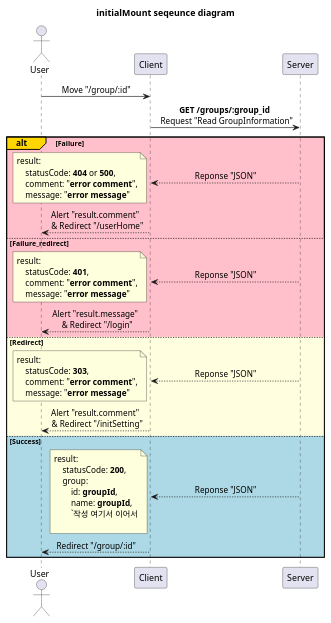
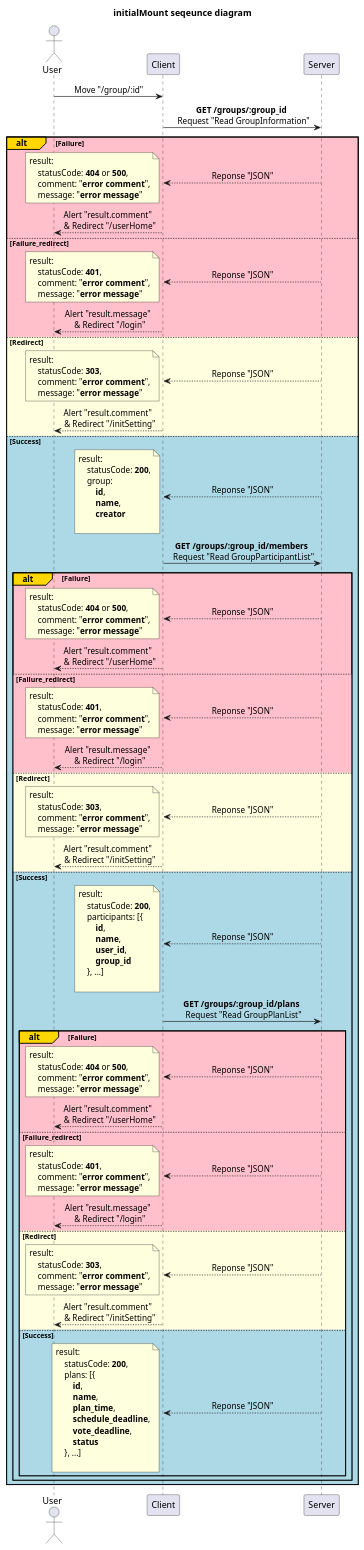
Before and after one commit to devSeungBin/SSCS: the diagram in diagram/group_page/initialMount.puml, drawn with PlantUML. The commit also changed 22 other files, not shown here.

```diff
--- a/diagram/group_page/initialMount.puml
+++ b/diagram/group_page/initialMount.puml
@@ -1,61 +1,158 @@
 @startuml initialMount
 'http://localhost:3000/group/:id
 
 title initialMount seqeunce diagram
 
 skinparam SequenceMessageAlignment center
 
 participant Server order 30
 participant Client order 20
 actor User order 10
 
 User -> Client: Move "/group/:id"
 
 Client -> Server: **GET /groups/:group_id** \n Request "Read GroupInformation"
 
 alt#Gold #Pink Failure
     Client <-- Server: Reponse "JSON"
     note left
         result:
             statusCode: **404** or **500**,
             comment: "**error comment**",
             message: "**error message**"
     end note
     User <-- Client: Alert "result.comment" \n & Redirect "/userHome"
 
 else #Pink Failure_redirect
     Client <-- Server: Reponse "JSON"
     note left
         result:
             statusCode: **401**,
             comment: "**error comment**",
             message: "**error message**"
     end note
     User <-- Client: Alert "result.message" \n & Redirect "/login"
 
 else #LightYellow Redirect
     Client <-- Server: Reponse "JSON"
     note left
         result:
             statusCode: **303**,
             comment: "**error comment**",
             message: "**error message**"
     end note
     User <-- Client: Alert "result.comment" \n & Redirect "/initSetting"
 
 else #LightBlue Success
     Client <-- Server: Reponse "JSON"
     note left
         result:
             statusCode: **200**,
             group:
-                id: **groupId**,
-                name: **groupId**,
-                `작성 여기서 이어서
+                **id**,
+                **name**,
+                **creator**
 
     end note
-    User <-- Client: Redirect "/group/:id"
+
+    Client -> Server: **GET /groups/:group_id/members** \n Request "Read GroupParticipantList"
+
+    alt#Gold #Pink Failure
+        Client <-- Server: Reponse "JSON"
+        note left
+            result:
+                statusCode: **404** or **500**,
+                comment: "**error comment**",
+                message: "**error message**"
+        end note
+        User <-- Client: Alert "result.comment" \n & Redirect "/userHome"
+
+    else #Pink Failure_redirect
+        Client <-- Server: Reponse "JSON"
+        note left
+            result:
+                statusCode: **401**,
+                comment: "**error comment**",
+                message: "**error message**"
+        end note
+        User <-- Client: Alert "result.message" \n & Redirect "/login"
+
+    else #LightYellow Redirect
+        Client <-- Server: Reponse "JSON"
+        note left
+            result:
+                statusCode: **303**,
+                comment: "**error comment**",
+                message: "**error message**"
+        end note
+        User <-- Client: Alert "result.comment" \n & Redirect "/initSetting"
+
+    else #LightBlue Success
+        Client <-- Server: Reponse "JSON"
+        note left
+            result:
+                statusCode: **200**,
+                participants: [{
+                    **id**,
+                    **name**,
+                    **user_id**,
+                    **group_id**
+                }, ...]
+
+        end note
+        
+        Client -> Server: **GET /groups/:group_id/plans** \n Request "Read GroupPlanList"
+
+        alt#Gold #Pink Failure
+            Client <-- Server: Reponse "JSON"
+            note left
+                result:
+                    statusCode: **404** or **500**,
+                    comment: "**error comment**",
+                    message: "**error message**"
+            end note
+            User <-- Client: Alert "result.comment" \n & Redirect "/userHome"
+
+        else #Pink Failure_redirect
+            Client <-- Server: Reponse "JSON"
+            note left
+                result:
+                    statusCode: **401**,
+                    comment: "**error comment**",
+                    message: "**error message**"
+            end note
+            User <-- Client: Alert "result.message" \n & Redirect "/login"
+
+        else #LightYellow Redirect
+            Client <-- Server: Reponse "JSON"
+            note left
+                result:
+                    statusCode: **303**,
+                    comment: "**error comment**",
+                    message: "**error message**"
+            end note
+            User <-- Client: Alert "result.comment" \n & Redirect "/initSetting"
+
+        else #LightBlue Success
+            Client <-- Server: Reponse "JSON"
+            note left
+                result:
+                    statusCode: **200**,
+                    plans: [{
+                        **id**,
+                        **name**,
+                        **plan_time**,
+                        **schedule_deadline**,
+                        **vote_deadline**,
+                        **status**
+                    }, ...]
+
+            end note
+
+        end
+
+    end
 
 end
 
 @enduml
```
